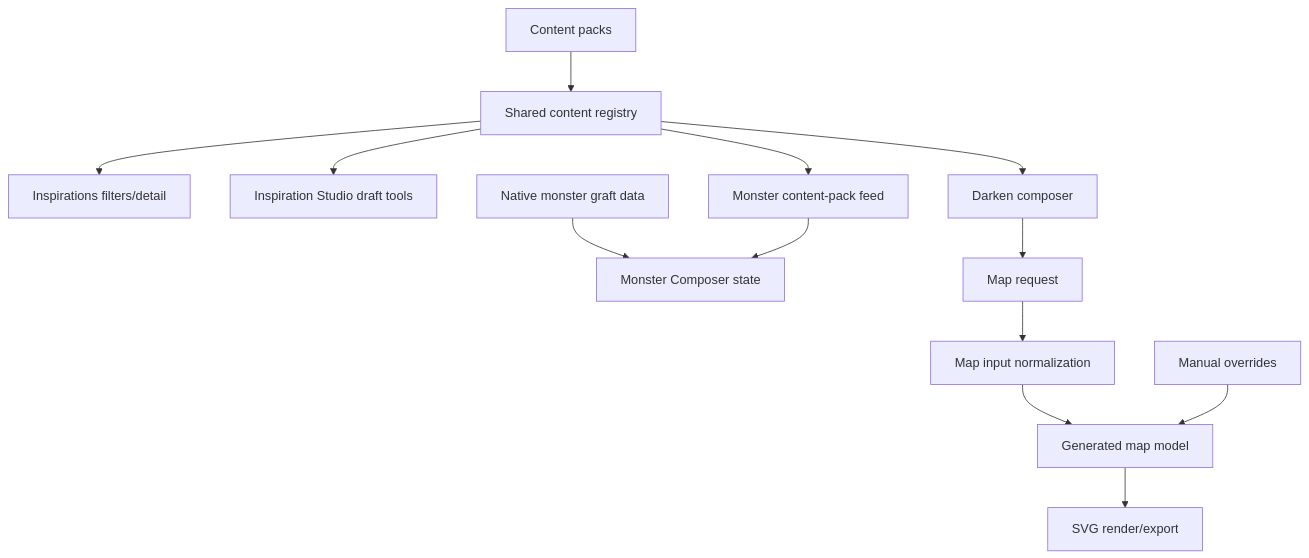
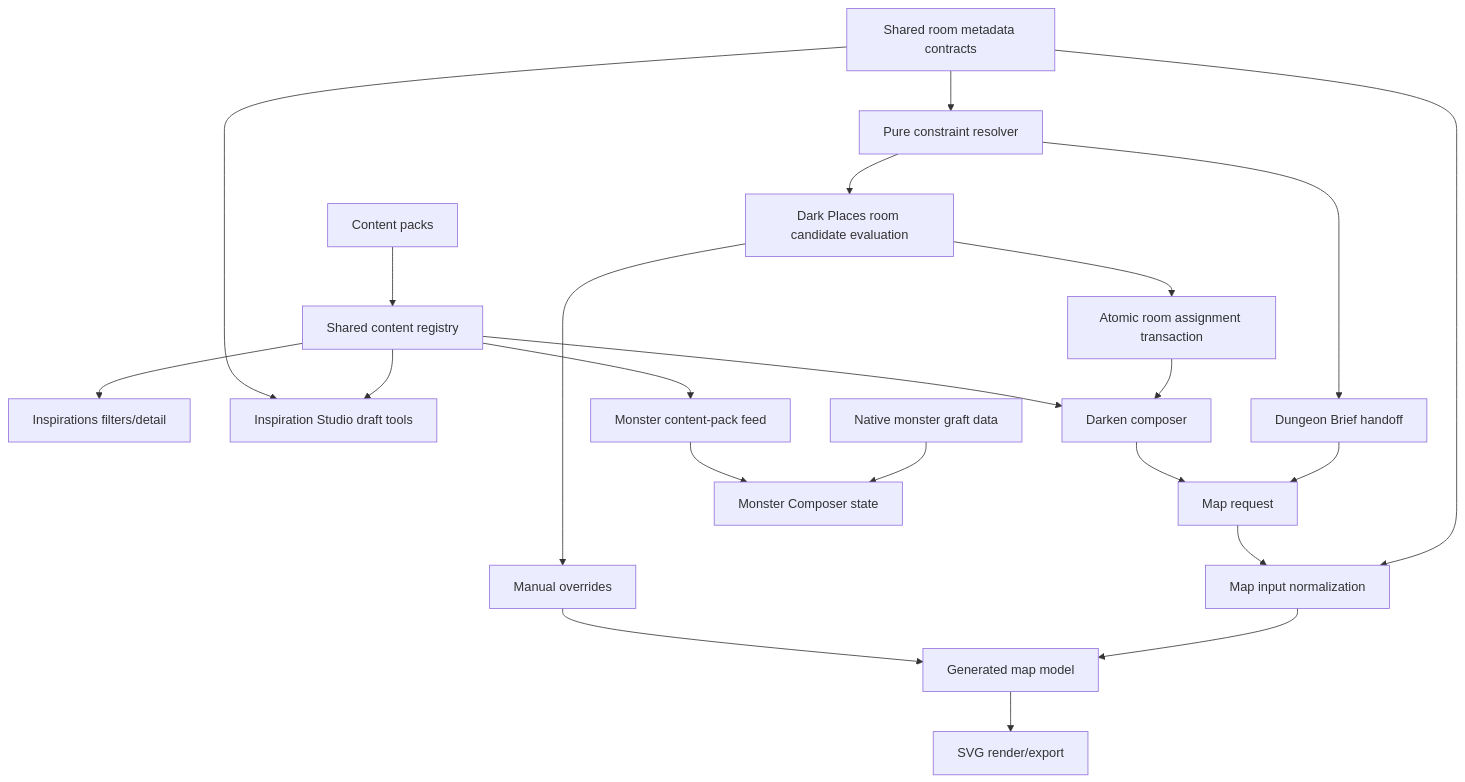
The diagram in docs/repository-map/state-and-data-flow.md (danilo-aversa/cruor-games), drawn with Mermaid before and after one commit. The commit also changed other lines of this file and 67 other files, not shown here.

````diff
--- a/docs/repository-map/state-and-data-flow.md
+++ b/docs/repository-map/state-and-data-flow.md
@@ -18,15 +20,24 @@
 ```mermaid
 flowchart TD
   Packs[Content packs] --> Registry[Shared content registry]
   Registry --> Inspirations[Inspirations filters/detail]
   Registry --> Studio[Inspiration Studio draft tools]
+  RoomContracts[Shared room metadata contracts] --> Studio
+  RoomContracts --> RoomResolver[Pure constraint resolver]
+  RoomContracts --> MapInput
+  RoomResolver --> DungeonBrief[Dungeon Brief handoff]
+  DungeonBrief --> MapRequest
+  RoomResolver --> RoomEvaluation[Dark Places room candidate evaluation]
+  RoomEvaluation --> AssignmentTx[Atomic room assignment transaction]
+  AssignmentTx --> Darken
+  RoomEvaluation --> Overrides[Manual override validation]
   Registry --> Darken[Darken composer]
   Registry --> MonsterFeed[Monster content-pack feed]
   NativeMonster[Native monster graft data] --> Monster[Monster Composer state]
   MonsterFeed --> Monster
   Darken --> MapRequest[Map request]
   MapRequest --> MapInput[Map input normalization]
   MapInput --> GeneratedMap[Generated map model]
   Overrides[Manual overrides] --> GeneratedMap
   GeneratedMap --> Svg[SVG render/export]
 ```
````
